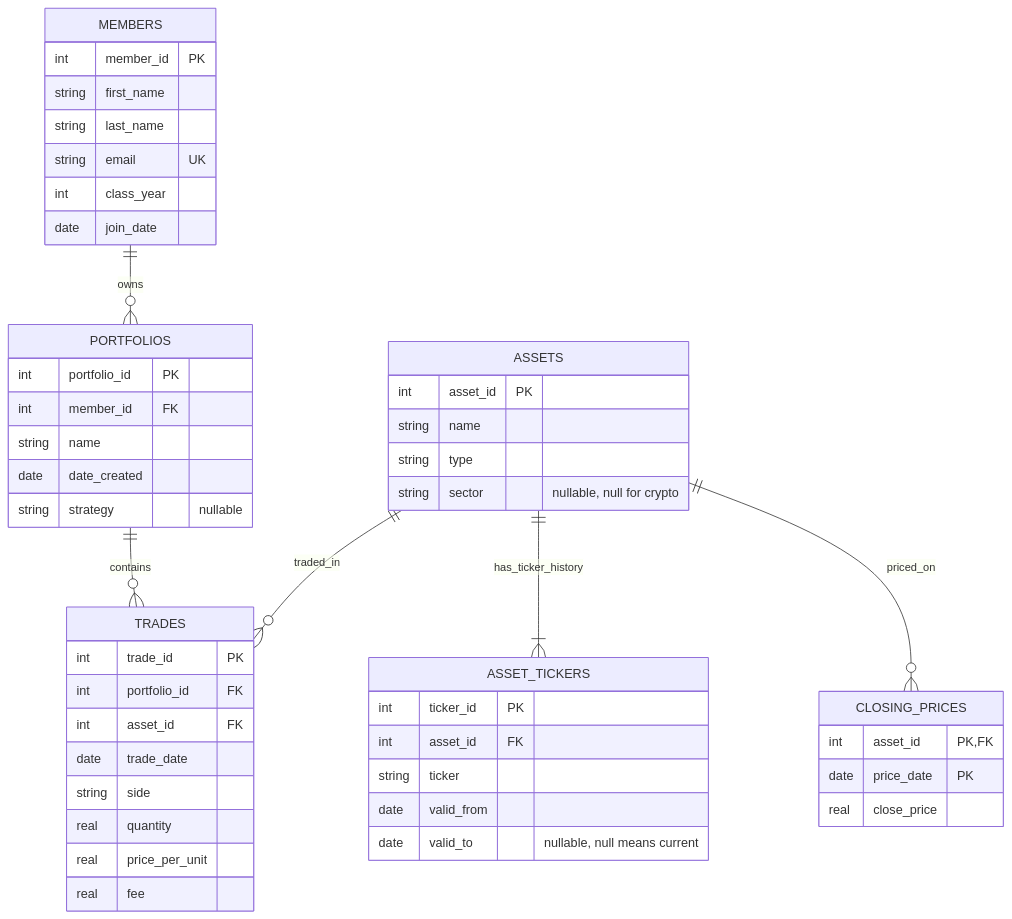
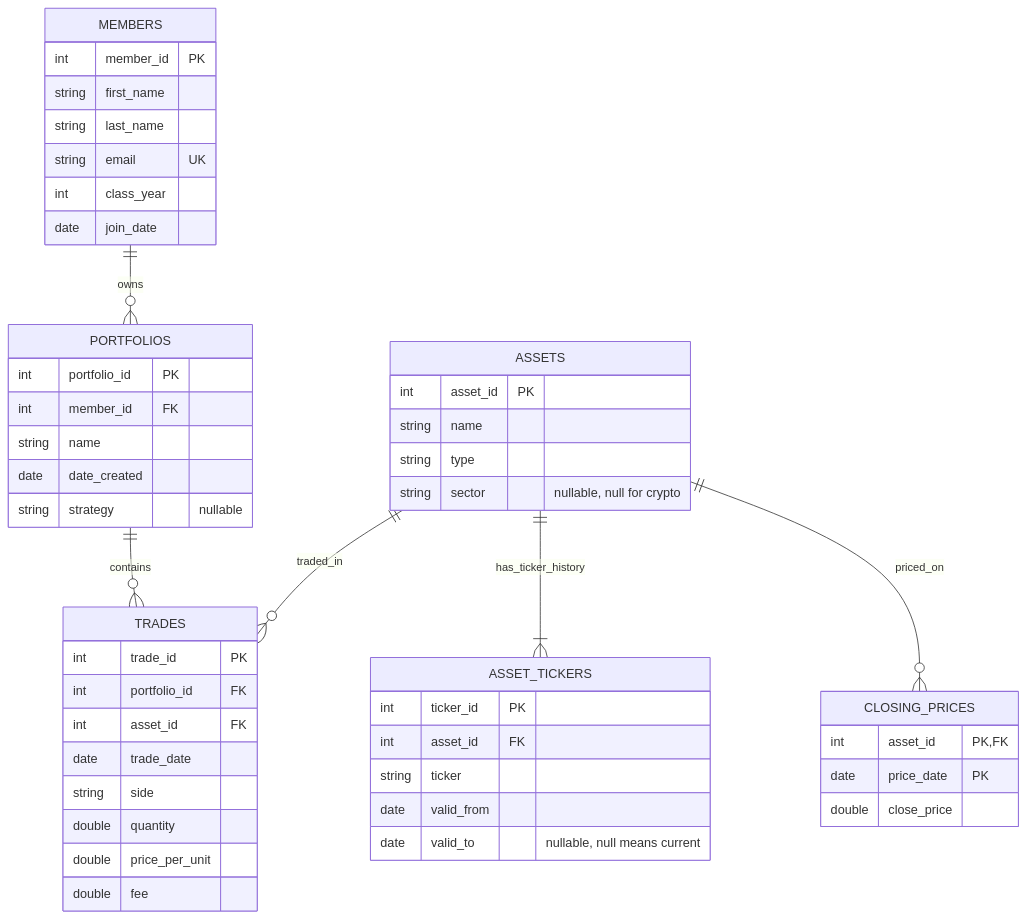
Before and after one commit to youssefniazimostafa/oim6301: the diagram in projects/db/README.md, drawn with Mermaid. The commit also changed other lines of this file and 1 other file, not shown here.

Commit message:
db: final fixes

````diff
--- a/projects/db/README.md
+++ b/projects/db/README.md
@@ -13,56 +13,56 @@
 ```mermaid
 erDiagram
     MEMBERS ||--o{ PORTFOLIOS : owns
     MEMBERS {
         int member_id PK
         string first_name
         string last_name
         string email UK
         int class_year
         date join_date
     }
 
     PORTFOLIOS ||--o{ TRADES : contains
     PORTFOLIOS {
         int portfolio_id PK
         int member_id FK
         string name
         date date_created
         string strategy "nullable"
     }
 
     ASSETS ||--|{ ASSET_TICKERS : has_ticker_history
     ASSETS ||--o{ CLOSING_PRICES : priced_on
     ASSETS ||--o{ TRADES : traded_in
     ASSETS {
         int asset_id PK
         string name
         string type
         string sector "nullable, null for crypto"
     }
 
     ASSET_TICKERS {
         int ticker_id PK
         int asset_id FK
         string ticker
         date valid_from
         date valid_to "nullable, null means current"
     }
 
     CLOSING_PRICES {
         int asset_id PK, FK
         date price_date PK
-        real close_price
+        double close_price
     }
 
     TRADES {
         int trade_id PK
         int portfolio_id FK
         int asset_id FK
         date trade_date
         string side
-        real quantity
-        real price_per_unit
-        real fee
+        double quantity
+        double price_per_unit
+        double fee
     }
 ```
````
